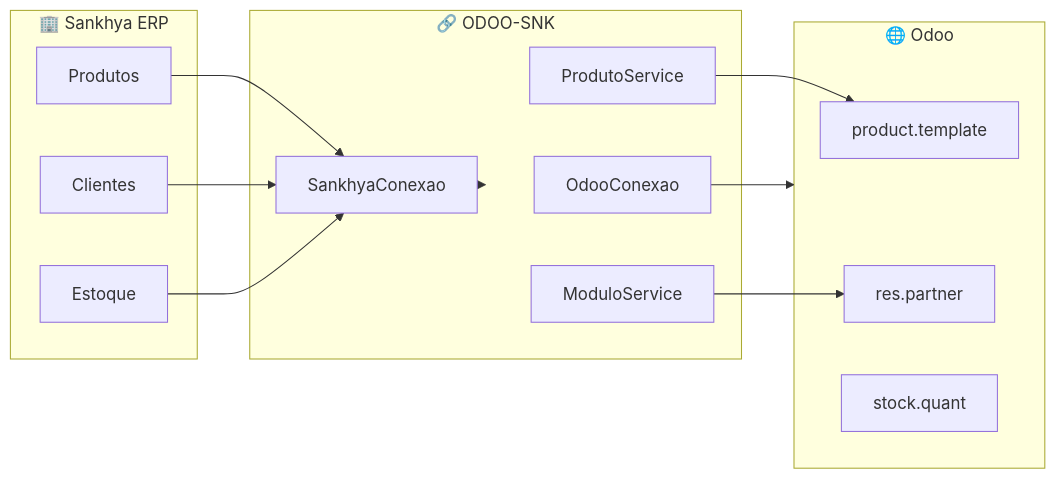
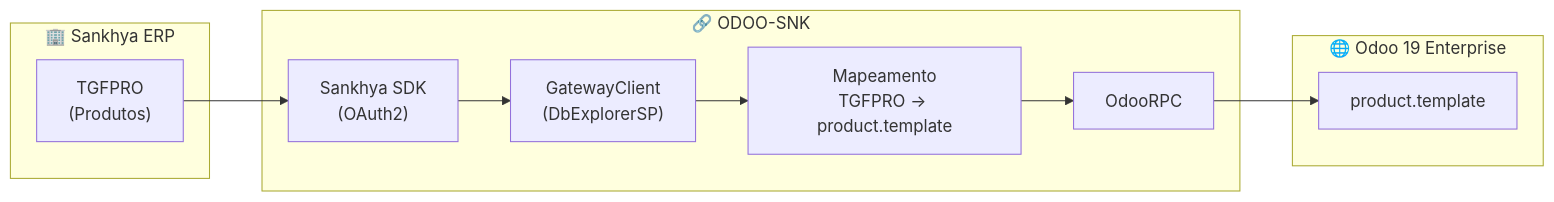
The diagram in README.md (ssmvictor/ODOO-SNK), drawn with Mermaid before and after one commit. The commit also changed other lines of this file and 9 other files, not shown here.

First line of the commit message:
feat: sync products Sankhya->Odoo with Rich UI & SDK

````diff
--- a/README.md
+++ b/README.md
@@ -36,31 +25,19 @@
 ```mermaid
 flowchart LR
     subgraph Sankhya["🏢 Sankhya ERP"]
-        SP[Produtos]
-        SC[Clientes]
-        SE[Estoque]
+        TGFPRO["TGFPRO\n(Produtos)"]
     end
-    
-    subgraph Integration["🔗 ODOO-SNK"]
-        LS[SankhyaConexao]
-        LO[OdooConexao]
-        PS[ProdutoService]
-        MS[ModuloService]
+
+    subgraph Script["🔗 ODOO-SNK"]
+        SDK["Sankhya SDK\n(OAuth2)"]
+        GW["GatewayClient\n(DbExplorerSP)"]
+        MAP["Mapeamento\nTGFPRO → product.template"]
+        RPC["OdooRPC"]
     end
-    
-    subgraph Odoo["🌐 Odoo"]
-        OP[product.template]
-        OC[res.partner]
-        OE[stock.quant]
+
+    subgraph Odoo["🌐 Odoo 19 Enterprise"]
+        PT["product.template"]
     end
-    
-    SP --> LS
-    SC --> LS
-    SE --> LS
-    
-    LS --> Integration
-    LO --> Odoo
-    
-    PS --> OP
-    MS --> OC
+
+    TGFPRO --> SDK --> GW --> MAP --> RPC --> PT
 ```
````
